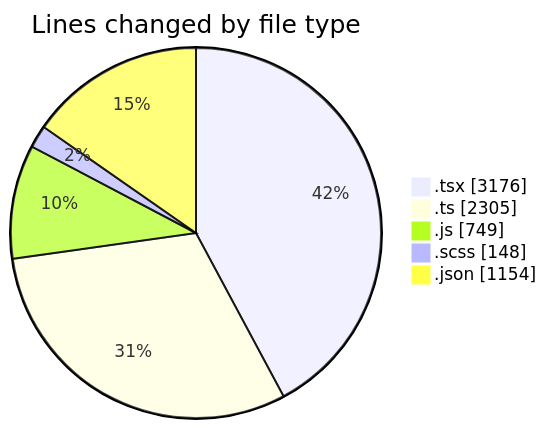
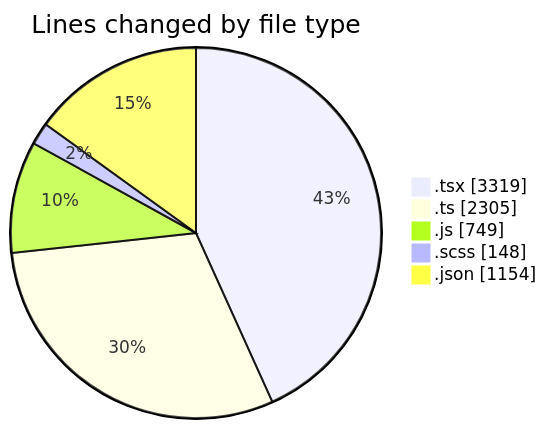
The first of 2 diagrams in 2026-06-15/cda/README.md (momahboobian/code-tracking), drawn with Mermaid before and after one commit. The commit also changed other lines of this file and 1 other file, not shown here.

````diff
--- a/2026-06-15/cda/README.md
+++ b/2026-06-15/cda/README.md
@@ -62,9 +63,9 @@
 ```mermaid
 pie showData
 title Lines changed by file type
-".tsx" : 3176
+".tsx" : 3319
 ".ts" : 2305
 ".js" : 749
 ".scss" : 148
 ".json" : 1154
 ```
````
